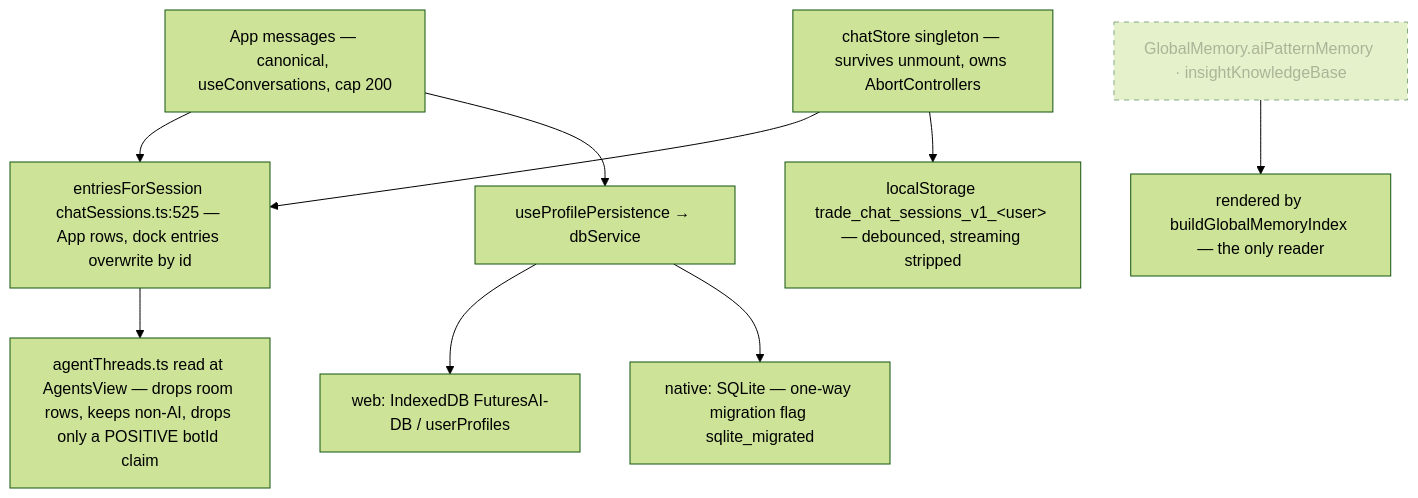
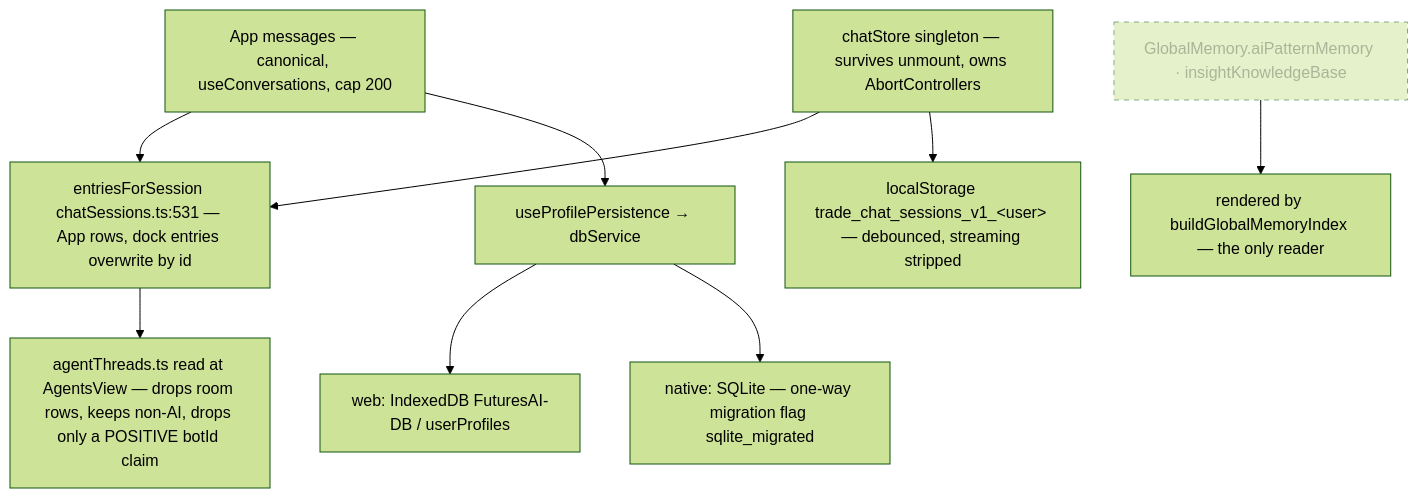
One commit to Acepay25/august-3.5 changed the seventh of 7 diagrams in docs/app-flow.md. Above: the diagram before and after it, drawn with Mermaid (forest theme). The commit also changed other lines of this file and 2 other files, not shown here.

First line of the commit message:
docs(app-flow): re-measure both flow docs against the stage-20 tree

````diff
--- a/docs/app-flow.md
+++ b/docs/app-flow.md
@@ -201,12 +238,12 @@
 ```mermaid
 flowchart TD
-    MSG["App messages — canonical, useConversations, cap 200"] --> MER["entriesForSession chatSessions.ts:525 — App rows, dock entries overwrite by id"]
+    MSG["App messages — canonical, useConversations, cap 200"] --> MER["entriesForSession chatSessions.ts:531 — App rows, dock entries overwrite by id"]
     CS["chatStore singleton — survives unmount, owns AbortControllers"] --> MER
     MER --> PANE["agentThreads.ts read at AgentsView — drops room rows, keeps non-AI, drops only a POSITIVE botId claim"]
     CS --> LS["localStorage trade_chat_sessions_v1_&lt;user&gt; — debounced, streaming stripped"]
     MSG --> PP["useProfilePersistence → dbService"]
     PP --> IDB["web: IndexedDB FuturesAI-DB / userProfiles"]
     PP --> SQL["native: SQLite — one-way migration flag sqlite_migrated"]
     GM["GlobalMemory.aiPatternMemory · insightKnowledgeBase"]:::dead --> IDX["rendered by buildGlobalMemoryIndex — the only reader"]
     classDef dead stroke-dasharray: 5 5,opacity:.5
 ```
````
